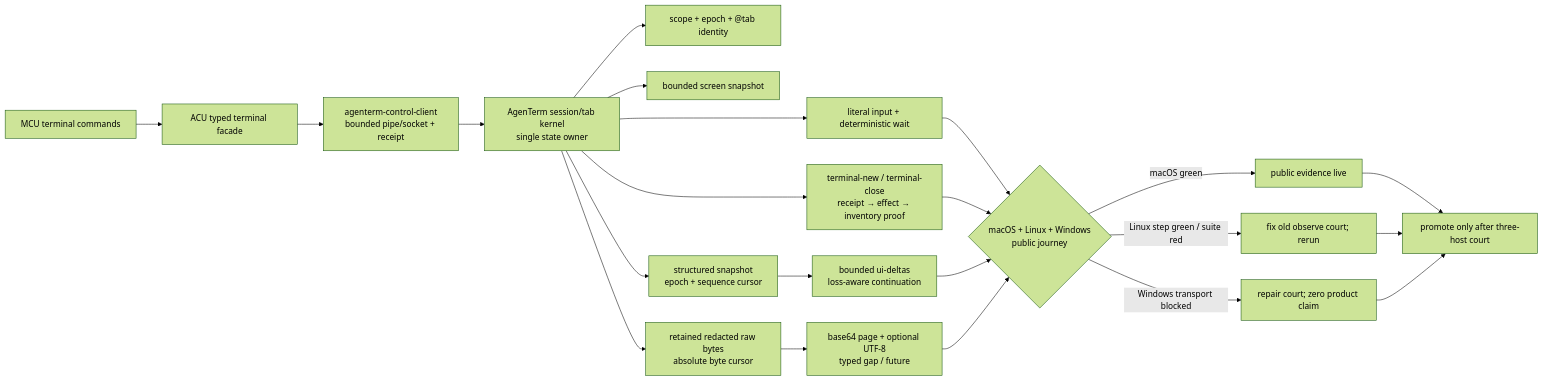
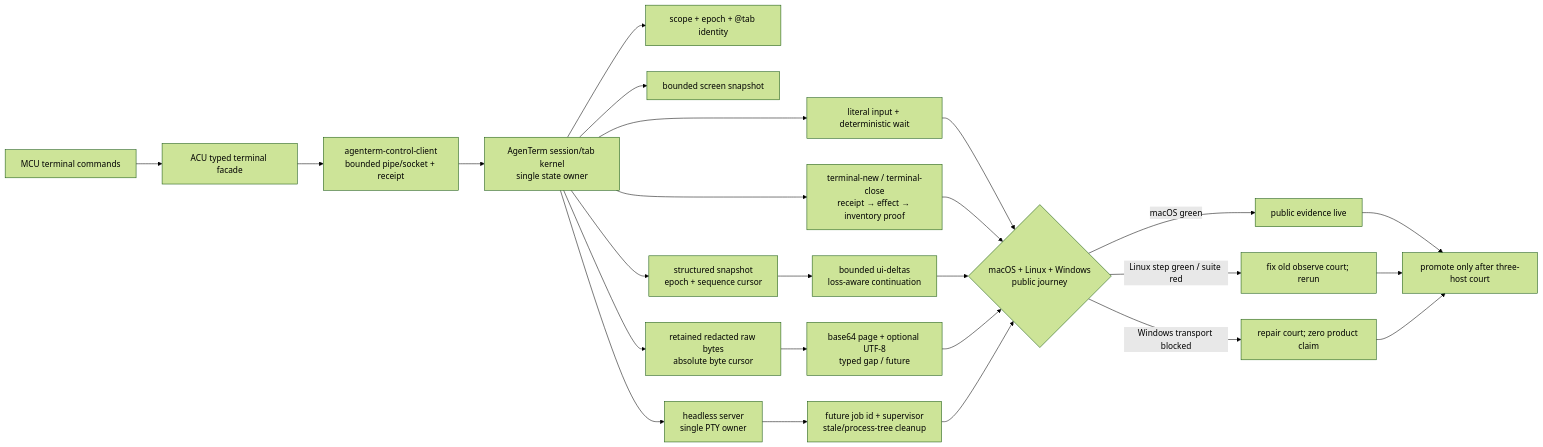
The first of 2 diagrams in prd/PRD_02_28_agenterm_cu.md (partnernetsoftware/agenterm), drawn with Mermaid (forest theme) before and after one commit. The commit also changed other lines of this file and 3 other files, not shown here.

Commit message:
plan(cu): select headless server as PTY owner

````diff
--- a/prd/PRD_02_28_agenterm_cu.md
+++ b/prd/PRD_02_28_agenterm_cu.md
@@ -480,24 +491,27 @@
 ```mermaid
 flowchart LR
   M["MCU terminal commands"] --> F["ACU typed terminal facade"]
   F --> C["agenterm-control-client<br/>bounded pipe/socket + receipt"]
   C --> K["AgenTerm session/tab kernel<br/>single state owner"]
   K --> I["scope + epoch + @tab identity"]
   K --> L["terminal-new / terminal-close<br/>receipt → effect → inventory proof"]
   K --> S["bounded screen snapshot"]
   K --> E["structured snapshot<br/>epoch + sequence cursor"]
   E --> D["bounded ui-deltas<br/>loss-aware continuation"]
   K --> R["retained redacted raw bytes<br/>absolute byte cursor"]
   R --> B["base64 page + optional UTF-8<br/>typed gap / future"]
   K --> W["literal input + deterministic wait"]
   W --> Q{"macOS + Linux + Windows<br/>public journey"}
   L --> Q
   D --> Q
   B --> Q
+  K --> H["headless server<br/>single PTY owner"]
+  H --> J["future job id + supervisor<br/>stale/process-tree cleanup"]
+  J --> Q
   Q -->|macOS green| M1["public evidence live"]
   Q -->|Linux step green / suite red| L1["fix old observe court; rerun"]
   Q -->|Windows transport blocked| W1["repair court; zero product claim"]
   M1 --> P["promote only after three-host court"]
   L1 --> P
   W1 --> P
 ```
````
